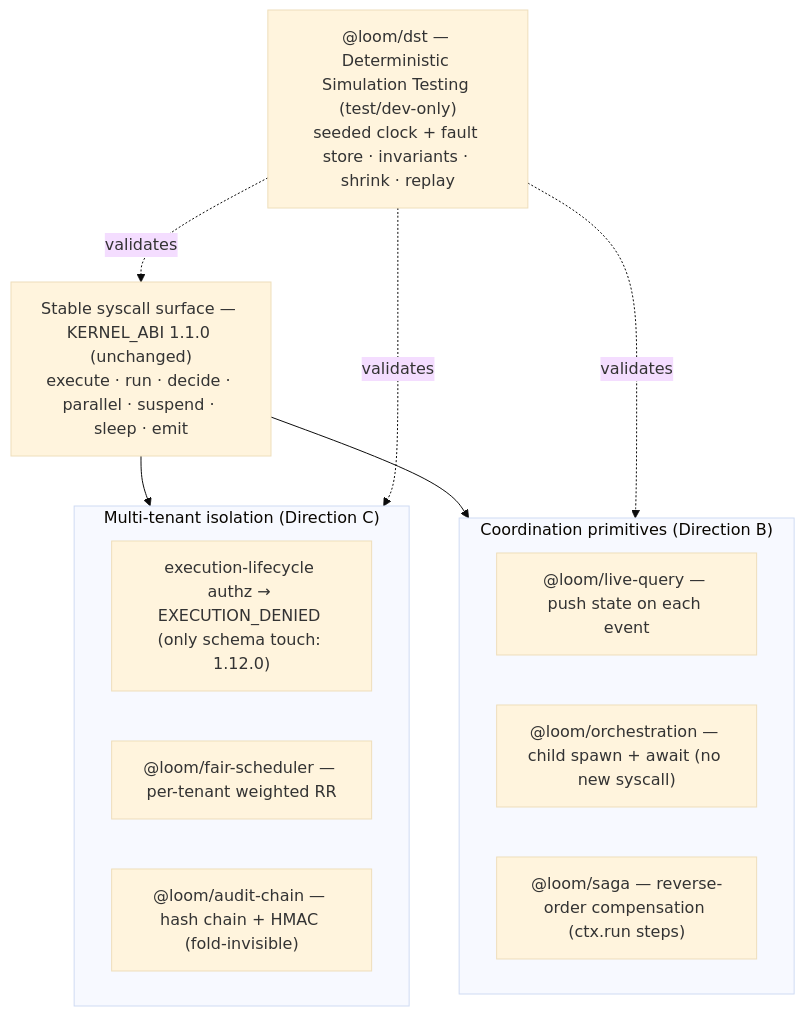
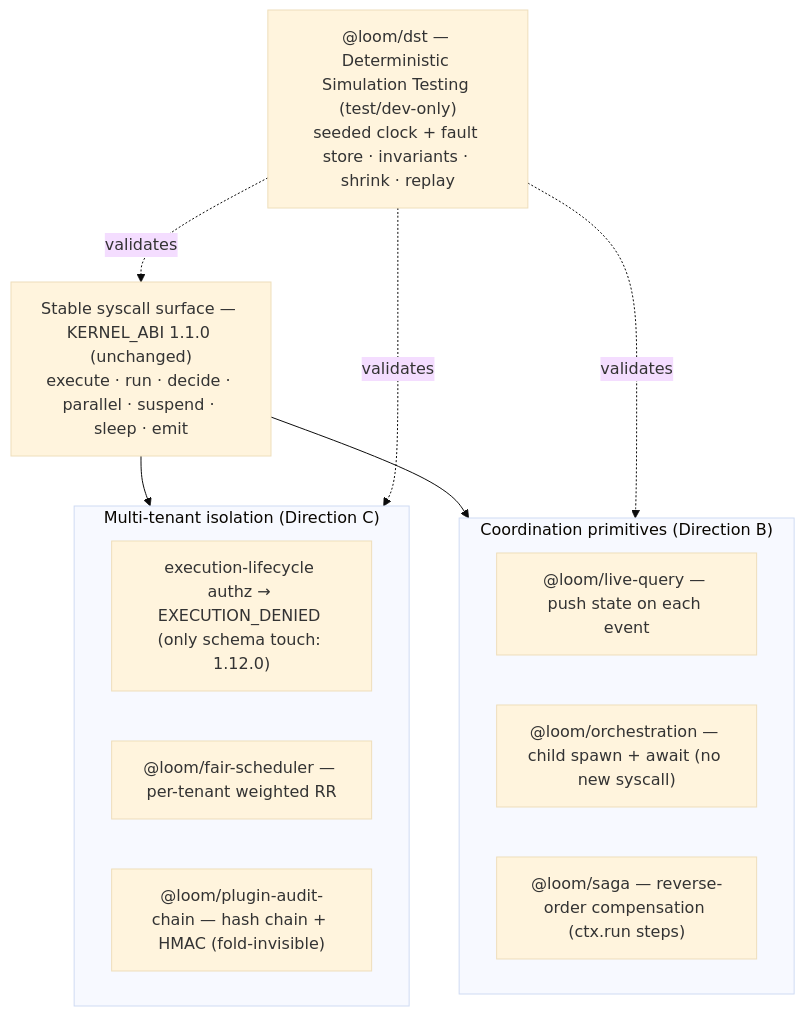
Before and after one commit to chhetrisushil/loom: diagram 11 of 12 in docs/architecture.md, drawn with Mermaid (base theme). The commit also changed other lines of this file and 26 other files, not shown here.

First line of the commit message:
docs(audit): propagate the plugin repackaging + fixes from the codebase audit

````diff
--- a/docs/architecture.md
+++ b/docs/architecture.md
@@ -375,24 +375,24 @@
 ```mermaid
 flowchart TB
   Sys["Stable syscall surface — KERNEL_ABI 1.1.0 (unchanged)<br/>execute · run · decide · parallel · suspend · sleep · emit"]
 
   subgraph Iso["Multi-tenant isolation (Direction C)"]
     AZ["execution-lifecycle authz → EXECUTION_DENIED (only schema touch: 1.12.0)"]
     FS["@loom/fair-scheduler — per-tenant weighted RR"]
-    AC["@loom/audit-chain — hash chain + HMAC (fold-invisible)"]
+    AC["@loom/plugin-audit-chain — hash chain + HMAC (fold-invisible)"]
   end
 
   subgraph Coord["Coordination primitives (Direction B)"]
     LQ["@loom/live-query — push state on each event"]
     OR["@loom/orchestration — child spawn + await (no new syscall)"]
     SG["@loom/saga — reverse-order compensation (ctx.run steps)"]
   end
 
   DST["@loom/dst — Deterministic Simulation Testing (test/dev-only)<br/>seeded clock + fault store · invariants · shrink · replay"]
 
   Sys --> Iso
   Sys --> Coord
   DST -.validates.-> Iso
   DST -.validates.-> Coord
   DST -.validates.-> Sys
 ```
````
